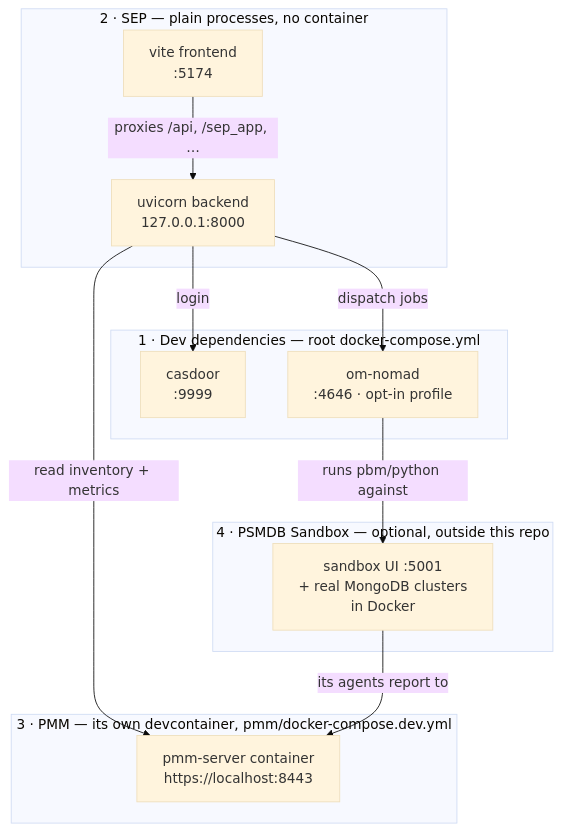
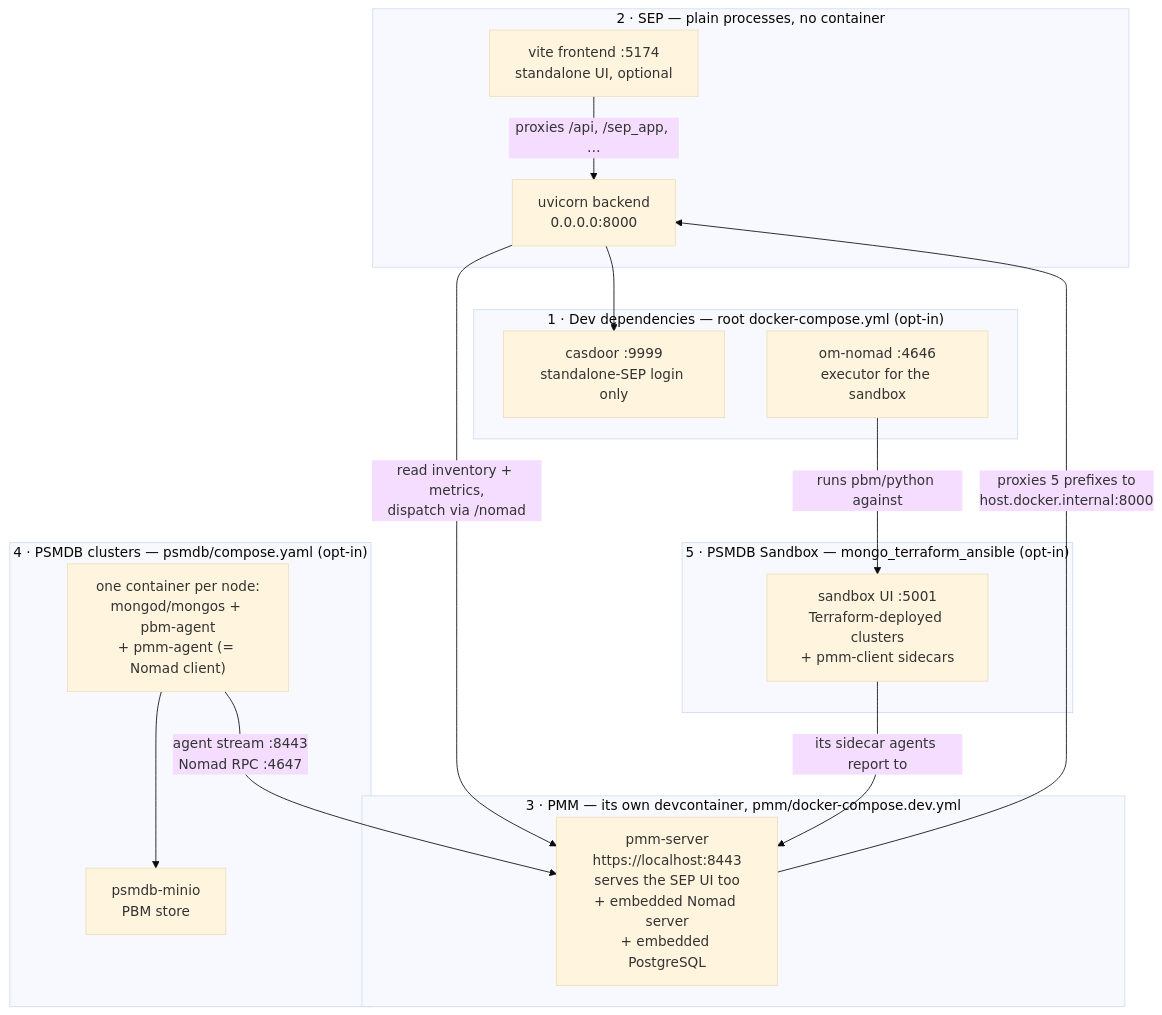
Before and after one commit to Percona-Lab/pom-workspace: the second of 11 diagrams in docs/topology.md, drawn with Mermaid (base theme). The commit also changed other lines of this file and 5 other files, not shown here.

````diff
--- a/docs/topology.md
+++ b/docs/topology.md
@@ -77,27 +110,34 @@
 ```mermaid
 flowchart TB
     subgraph S2["2 · SEP — plain processes, no container"]
-        BE["uvicorn backend<br/>127.0.0.1:8000"]
-        FE["vite frontend<br/>:5174"]
+        BE["uvicorn backend<br/>0.0.0.0:8000"]
+        FE["vite frontend :5174<br/>standalone UI, optional"]
         FE -->|"proxies /api, /sep_app, …"| BE
     end
 
-    subgraph S1["1 · Dev dependencies — root docker-compose.yml"]
-        CAS["casdoor<br/>:9999"]
-        NOM["om-nomad<br/>:4646 · opt-in profile"]
+    subgraph S3["3 · PMM — its own devcontainer, pmm/docker-compose.dev.yml"]
+        PMMC["pmm-server<br/>https://localhost:8443<br/>serves the SEP UI too<br/>+ embedded Nomad server<br/>+ embedded PostgreSQL"]
     end
 
-    subgraph S3["3 · PMM — its own devcontainer, pmm/docker-compose.dev.yml"]
-        PMMC["pmm-server container<br/>https://localhost:8443"]
+    subgraph S4["4 · PSMDB clusters — psmdb/compose.yaml (opt-in)"]
+        N1["one container per node:<br/>mongod/mongos + pbm-agent<br/>+ pmm-agent (= Nomad client)"]
+        MIO["psmdb-minio<br/>PBM store"]
     end
 
-    subgraph S4["4 · PSMDB Sandbox — optional, outside this repo"]
-        SB["sandbox UI :5001<br/>+ real MongoDB clusters<br/>in Docker"]
+    subgraph S1["1 · Dev dependencies — root docker-compose.yml (opt-in)"]
+        CAS["casdoor :9999<br/>standalone-SEP login only"]
+        NOM["om-nomad :4646<br/>executor for the sandbox"]
     end
 
-    BE -->|"login"| CAS
-    BE -->|"dispatch jobs"| NOM
-    BE -->|"read inventory + metrics"| PMMC
+    subgraph S5["5 · PSMDB Sandbox — mongo_terraform_ansible (opt-in)"]
+        SB["sandbox UI :5001<br/>Terraform-deployed clusters<br/>+ pmm-client sidecars"]
+    end
+
+    PMMC -->|"proxies 5 prefixes to<br/>host.docker.internal:8000"| BE
+    BE -->|"read inventory + metrics,<br/>dispatch via /nomad"| PMMC
+    BE --> CAS
+    N1 -->|"agent stream :8443<br/>Nomad RPC :4647"| PMMC
+    N1 --> MIO
     NOM -->|"runs pbm/python against"| SB
-    SB -->|"its agents report to"| PMMC
+    SB -->|"its sidecar agents report to"| PMMC
 ```
````
